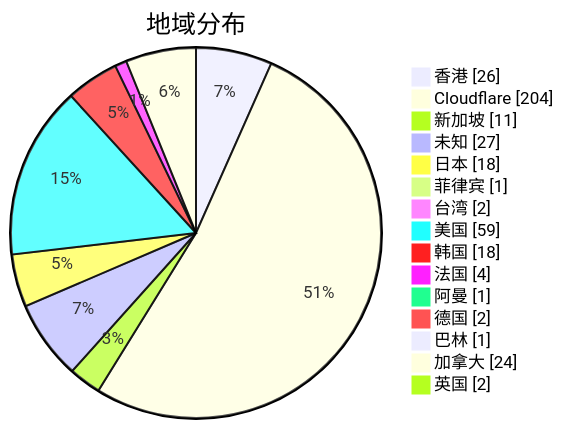
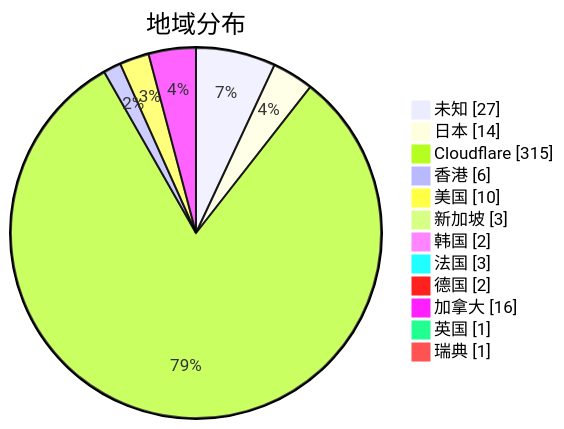
The second of 3 diagrams in subs/statistics/tested_within.md (qjlxg/airport), drawn with Mermaid before and after one commit. The commit also changed other lines of this file and 2 other files, not shown here.

Commit message:
Tested by metaST

````diff
--- a/subs/statistics/tested_within.md
+++ b/subs/statistics/tested_within.md
@@ -13,19 +14,16 @@
 ```mermaid
 pie showData
 title 地域分布
-"香港" : 26
-"Cloudflare" : 204
-"新加坡" : 11
 "未知" : 27
-"日本" : 18
-"菲律宾" : 1
-"台湾" : 2
-"美国" : 59
-"韩国" : 18
-"法国" : 4
-"阿曼" : 1
+"日本" : 14
+"Cloudflare" : 315
+"香港" : 6
+"美国" : 10
+"新加坡" : 3
+"韩国" : 2
+"法国" : 3
 "德国" : 2
-"巴林" : 1
-"加拿大" : 24
-"英国" : 2
+"加拿大" : 16
+"英国" : 1
+"瑞典" : 1
 ```
````
